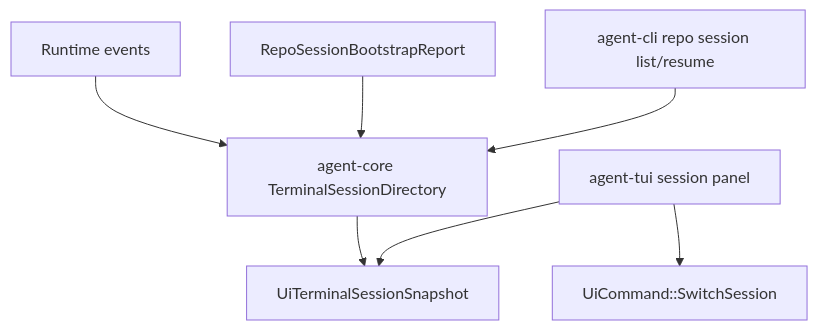
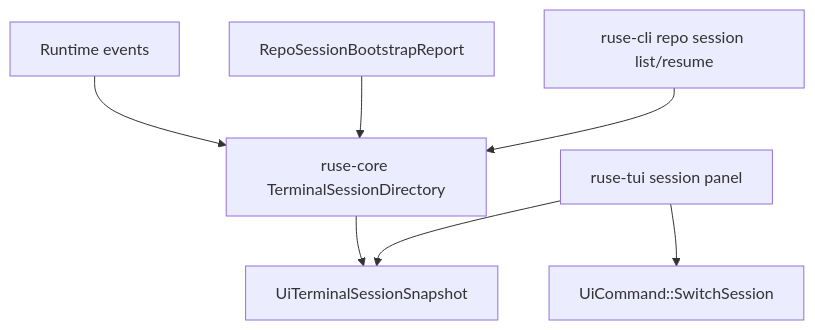
Before and after one commit to poneding/agent: the diagram in docs/specs/M59-01-session-restore-switch.spec.md, drawn with Mermaid. The commit also changed other lines of this file and 2091 other files, not shown here.

First line of the commit message:
refactor: rename agent branding to ruse

````diff
--- a/docs/specs/M59-01-session-restore-switch.spec.md
+++ b/docs/specs/M59-01-session-restore-switch.spec.md
@@ -34,9 +34,9 @@
 ```mermaid
 flowchart TD
-  Events["Runtime events"] --> Core["agent-core TerminalSessionDirectory"]
+  Events["Runtime events"] --> Core["ruse-core TerminalSessionDirectory"]
   Repo["RepoSessionBootstrapReport"] --> Core
   Core --> Bridge["UiTerminalSessionSnapshot"]
-  CLI["agent-cli repo session list/resume"] --> Core
-  TUI["agent-tui session panel"] --> Bridge
+  CLI["ruse-cli repo session list/resume"] --> Core
+  TUI["ruse-tui session panel"] --> Bridge
   TUI --> Switch["UiCommand::SwitchSession"]
 ```
````
